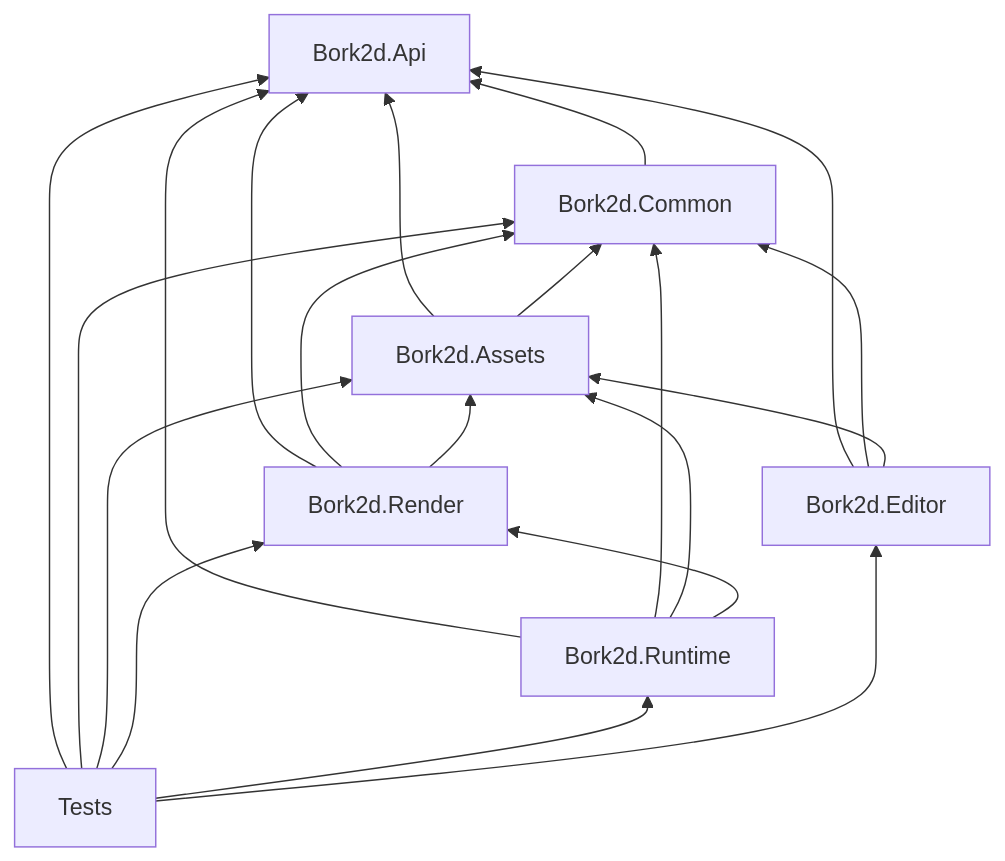
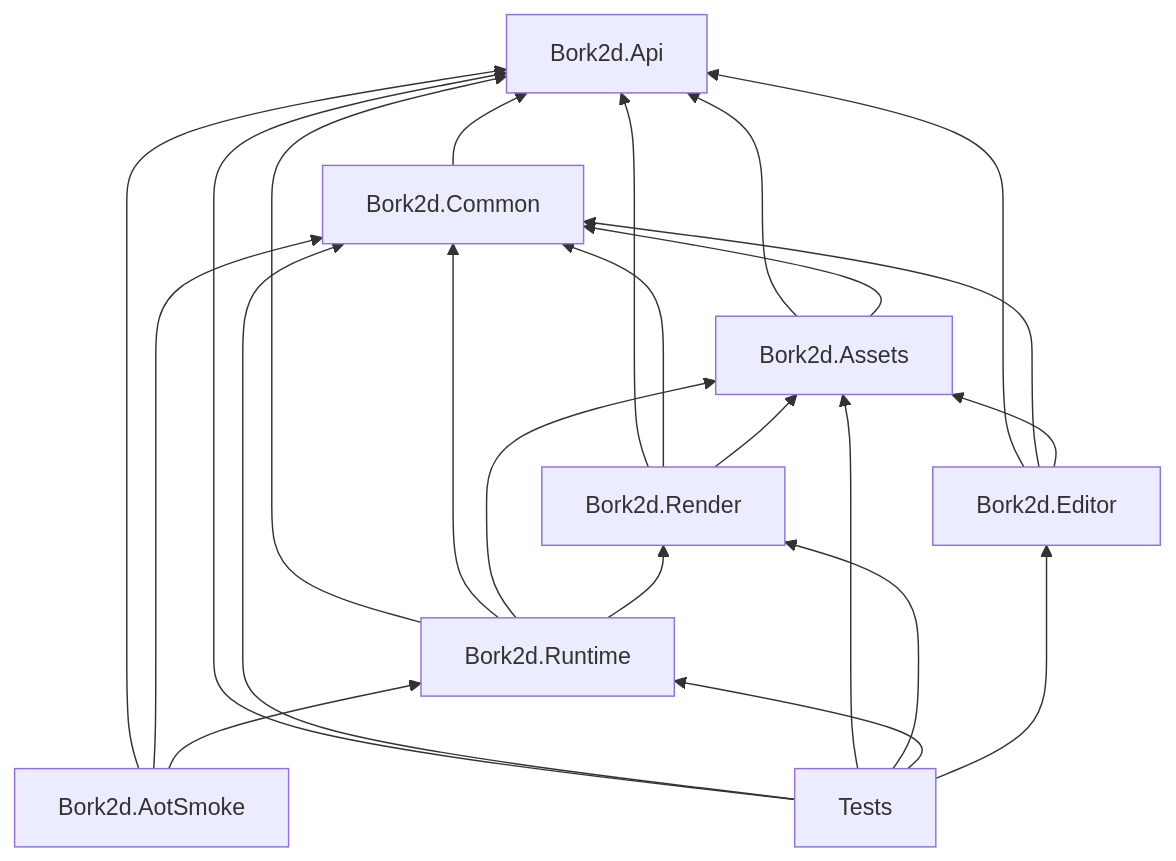
The diagram in docs/architecture/projects.md (BorkEngine/Bork2d), drawn with Mermaid before and after one commit. The commit also changed other lines of this file and 5 other files, not shown here.

````diff
--- a/docs/architecture/projects.md
+++ b/docs/architecture/projects.md
@@ -30,30 +36,34 @@
 ```mermaid
 flowchart BT
   API["Bork2d.Api"]
   CORE["Bork2d.Common"]
   ASSETS["Bork2d.Assets"]
   RENDER["Bork2d.Render"]
   RUNTIME["Bork2d.Runtime"]
+  AOTSMOKE["Bork2d.AotSmoke"]
   EDITOR["Bork2d.Editor"]
   TESTS["Tests"]
 
   CORE --> API
   ASSETS --> API
   ASSETS --> CORE
   RENDER --> API
   RENDER --> CORE
   RENDER --> ASSETS
   RUNTIME --> API
   RUNTIME --> CORE
   RUNTIME --> ASSETS
   RUNTIME --> RENDER
+  AOTSMOKE --> API
+  AOTSMOKE --> CORE
+  AOTSMOKE --> RUNTIME
   EDITOR --> API
   EDITOR --> CORE
   EDITOR --> ASSETS
   TESTS --> API
   TESTS --> CORE
   TESTS --> ASSETS
   TESTS --> RENDER
   TESTS --> RUNTIME
   TESTS --> EDITOR
 ```
````
